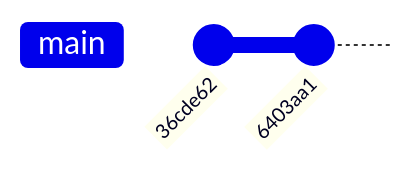
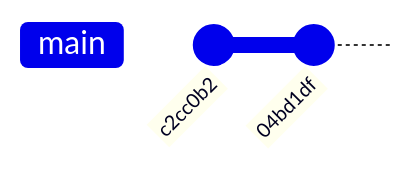
One commit to grungi-ankhfire/pyladies_git changed the second of 5 diagrams in Demystifying Git.md. Above: the diagram before and after it, drawn with Mermaid. The commit also changed other lines of this file and 35 other files, not shown here.

````diff
--- a/Demystifying Git.md
+++ b/Demystifying Git.md
@@ -186,5 +187,5 @@
 ```mermaid
 gitGraph
-commit id: "36cde62"
-commit id: "6403aa1"
+commit id: "c2cc0b2"
+commit id: "04bd1df"
 ```
````
